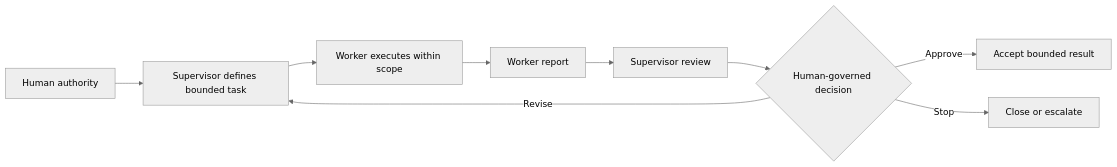
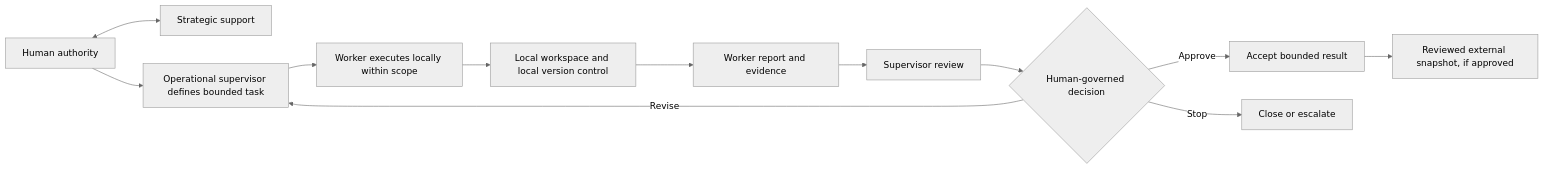
The diagram in docs/two-loop-architecture.md (Sharifi2220/governed-twinloop-orchestration), drawn with Mermaid (neutral theme) before and after one commit. The commit also changed other lines of this file, not shown here.

Commit message:
Update two-loop architecture for local-first workflow

````diff
--- a/docs/two-loop-architecture.md
+++ b/docs/two-loop-architecture.md
@@ -5,11 +5,14 @@
 ```mermaid
 flowchart LR
-    H["Human authority"] --> S["Supervisor defines bounded task"]
-    S --> W["Worker executes within scope"]
-    W --> R["Worker report"]
+    H["Human authority"] <--> C["Strategic support"]
+    H --> S["Operational supervisor defines bounded task"]
+    S --> W["Worker executes locally within scope"]
+    W --> L["Local workspace and local version control"]
+    L --> R["Worker report and evidence"]
     R --> V["Supervisor review"]
     V --> D{"Human-governed decision"}
     D -->|Approve| A["Accept bounded result"]
     D -->|Revise| S
     D -->|Stop| X["Close or escalate"]
+    A --> P["Reviewed external snapshot, if approved"]
 ```
````
